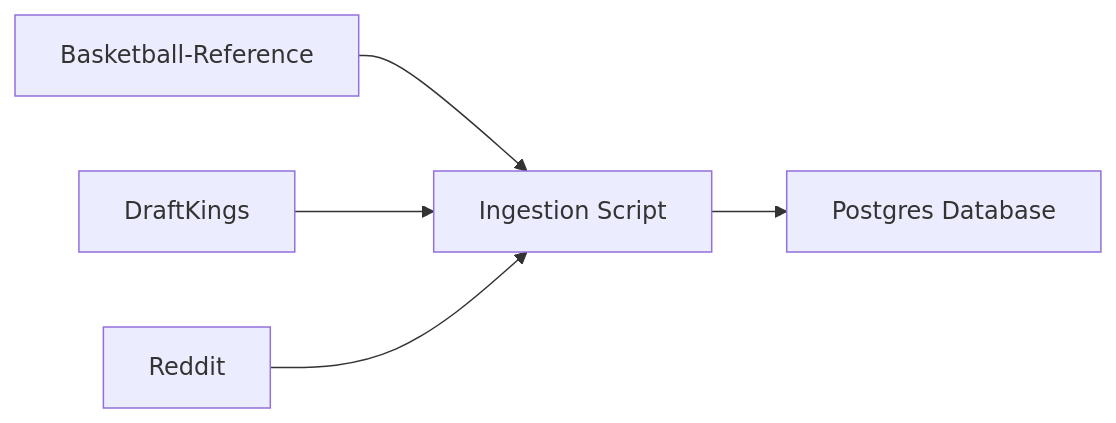
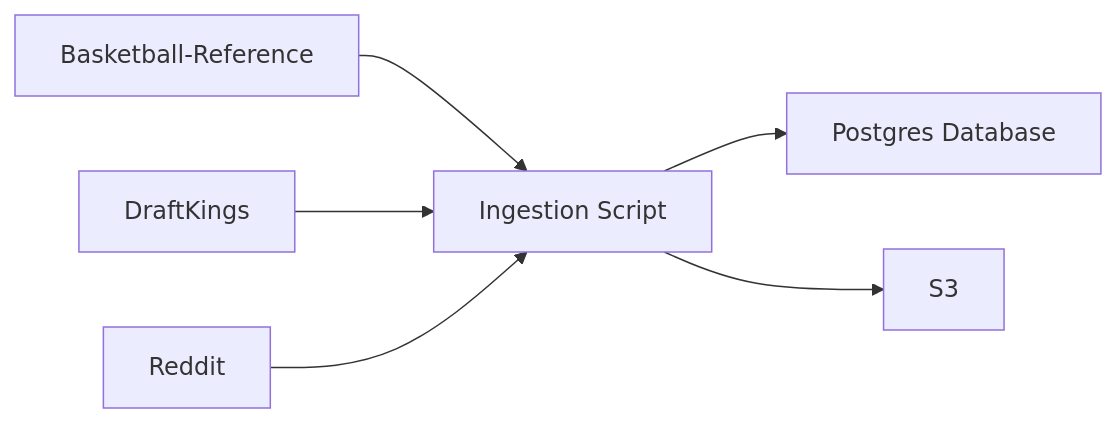
One commit to jyablonski/doqs changed the first of 2 diagrams in src/content/docs/services/ingestion_script.md. Above: the diagram before and after it, drawn with Mermaid. The commit also changed other lines of this file and 29 other files, not shown here.

````diff
--- a/src/content/docs/services/ingestion_script.md
+++ b/src/content/docs/services/ingestion_script.md
@@ -11,8 +11,8 @@
 ``` mermaid
 graph LR
     A[Basketball-Reference] --> INGEST[Ingestion Script]
     B[DraftKings] --> INGEST
     C[Reddit] --> INGEST
     INGEST --> DB[Postgres Database]
-
+    INGEST --> S3[S3]
 ```
````
